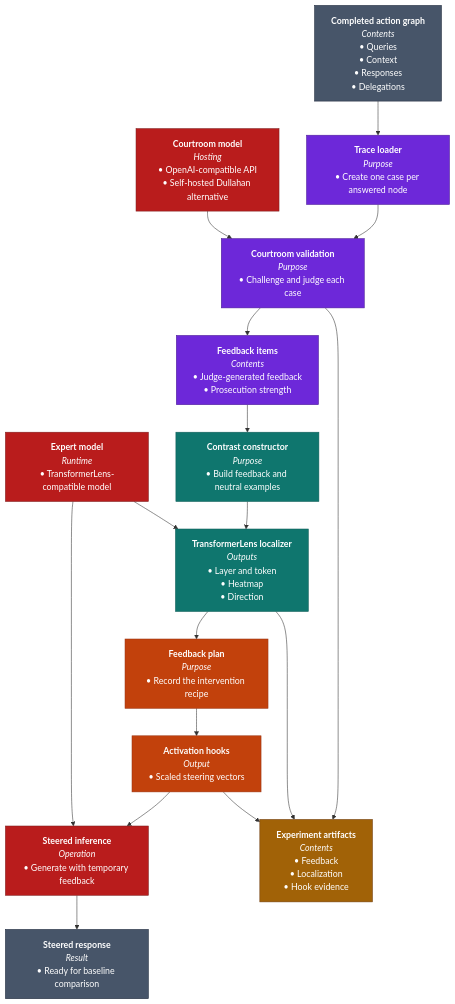
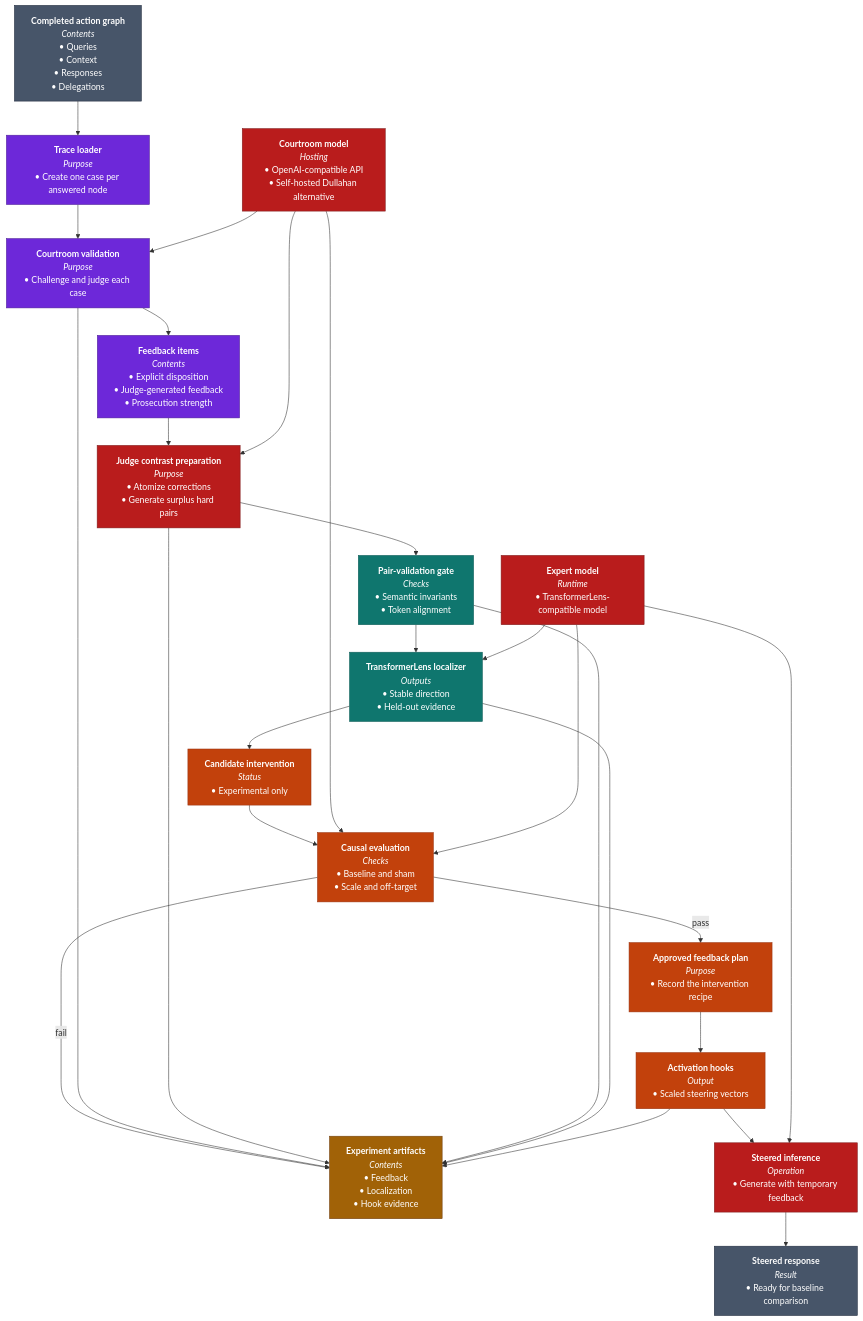
One commit to ForestDweller014/Specter changed the first of 6 diagrams in README.md. Above: the diagram before and after it, drawn with Mermaid. The commit also changed other lines of this file, not shown here.

First line of the commit message:
docs: Plan judge-generated contrasts

````diff
--- a/README.md
+++ b/README.md
@@ -216,34 +219,44 @@
 ```mermaid
 flowchart TD
     Trace["<b>Completed action graph</b><br/><i>Contents</i><br/>• Queries<br/>• Context<br/>• Responses<br/>• Delegations"] --> Loader["<b>Trace loader</b><br/><i>Purpose</i><br/>• Create one case per answered node"]
     Loader --> Courtroom["<b>Courtroom validation</b><br/><i>Purpose</i><br/>• Challenge and judge each case"]
-    Courtroom --> Feedback["<b>Feedback items</b><br/><i>Contents</i><br/>• Judge-generated feedback<br/>• Prosecution strength"]
-    Feedback --> Contrast["<b>Contrast constructor</b><br/><i>Purpose</i><br/>• Build feedback and neutral examples"]
-    Contrast --> Localization["<b>TransformerLens localizer</b><br/><i>Outputs</i><br/>• Layer and token<br/>• Heatmap<br/>• Direction"]
-    Localization --> Plan["<b>Feedback plan</b><br/><i>Purpose</i><br/>• Record the intervention recipe"]
+    Courtroom --> Feedback["<b>Feedback items</b><br/><i>Contents</i><br/>• Explicit disposition<br/>• Judge-generated feedback<br/>• Prosecution strength"]
+    Feedback --> Contrast["<b>Judge contrast preparation</b><br/><i>Purpose</i><br/>• Atomize corrections<br/>• Generate surplus hard pairs"]
+    Contrast --> PairGate["<b>Pair-validation gate</b><br/><i>Checks</i><br/>• Semantic invariants<br/>• Token alignment"]
+    PairGate --> Localization["<b>TransformerLens localizer</b><br/><i>Outputs</i><br/>• Stable direction<br/>• Held-out evidence"]
+    Localization --> Candidate["<b>Candidate intervention</b><br/><i>Status</i><br/>• Experimental only"]
+    Candidate --> Causal["<b>Causal evaluation</b><br/><i>Checks</i><br/>• Baseline and sham<br/>• Scale and off-target"]
+    Causal -->|"pass"| Plan["<b>Approved feedback plan</b><br/><i>Purpose</i><br/>• Record the intervention recipe"]
+    Causal -->|"fail"| Evidence
     Plan --> Hooks["<b>Activation hooks</b><br/><i>Output</i><br/>• Scaled steering vectors"]
     Hooks --> Rerun["<b>Steered inference</b><br/><i>Operation</i><br/>• Generate with temporary feedback"]
 
     CourtroomModel["<b>Courtroom model</b><br/><i>Hosting</i><br/>• OpenAI-compatible API<br/>• Self-hosted Dullahan alternative"] --> Courtroom
+    CourtroomModel --> Contrast
+    CourtroomModel --> Causal
     ExpertModel["<b>Expert model</b><br/><i>Runtime</i><br/>• TransformerLens-compatible model"] --> Localization
+    ExpertModel --> Causal
     ExpertModel --> Rerun
 
     Courtroom --> Evidence["<b>Experiment artifacts</b><br/><i>Contents</i><br/>• Feedback<br/>• Localization<br/>• Hook evidence"]
+    Contrast --> Evidence
+    PairGate --> Evidence
     Localization --> Evidence
     Hooks --> Evidence
     Rerun --> Result["<b>Steered response</b><br/><i>Result</i><br/>• Ready for baseline comparison"]
 
     class Trace,Result external
     class Loader,Courtroom,Feedback validation
-    class Contrast,Localization teal
-    class Plan,Hooks application
+    class PairGate,Localization teal
+    class Candidate,Causal,Plan,Hooks application
+    class Contrast inference
     class CourtroomModel,ExpertModel,Rerun inference
     class Evidence memory
 
     classDef external fill:#475569,stroke:#1E293B,color:#FFFFFF
     classDef validation fill:#6D28D9,stroke:#4C1D95,color:#FFFFFF
     classDef teal fill:#0F766E,stroke:#115E59,color:#FFFFFF
     classDef application fill:#C2410C,stroke:#9A3412,color:#FFFFFF
     classDef inference fill:#B91C1C,stroke:#7F1D1D,color:#FFFFFF
     classDef memory fill:#A16207,stroke:#713F12,color:#FFFFFF
 ```
````
